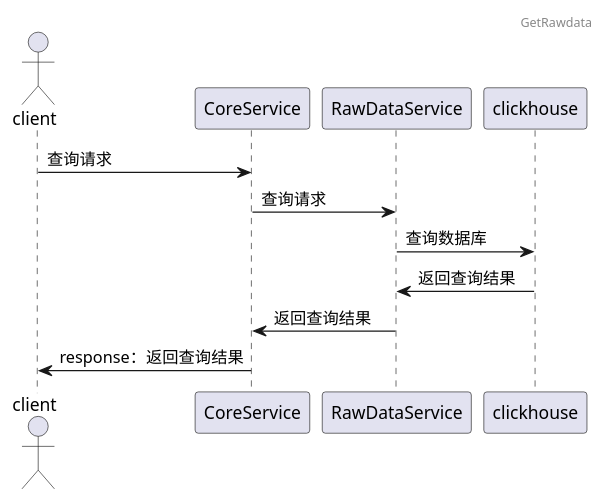
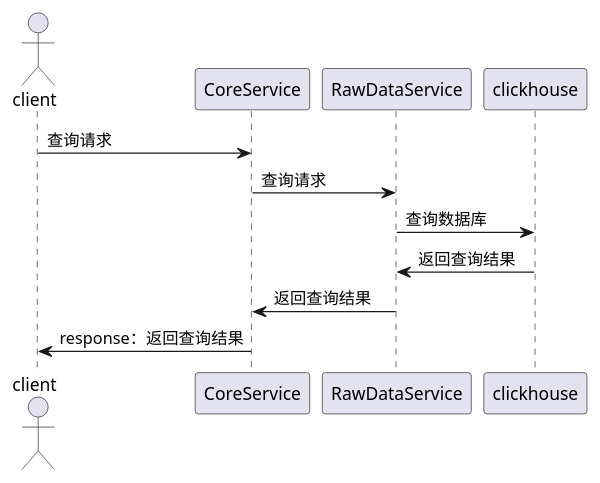
The first of 2 diagrams in docs/api/appendix/plantuml/data_query.md (tkeel-io/docs), drawn with PlantUML before and after one commit. The commit also changed other lines of this file and 2 other files, not shown here.

Commit message:
fix: fix data use

````diff
--- a/docs/api/appendix/plantuml/data_query.md
+++ b/docs/api/appendix/plantuml/data_query.md
@@ -2,18 +2,15 @@
-```puml
+```plantuml
 @startuml
-
-header GetRawdata
-
 actor client
 participant CoreService
 participant RawDataService
 participant  clickhouse
 
 client->CoreService: 查询请求
 CoreService->RawDataService: 查询请求
 RawDataService->clickhouse: 查询数据库
 clickhouse->RawDataService: 返回查询结果
 CoreService<-RawDataService: 返回查询结果
 CoreService->client:response：返回查询结果
 @enduml
 ```
````
